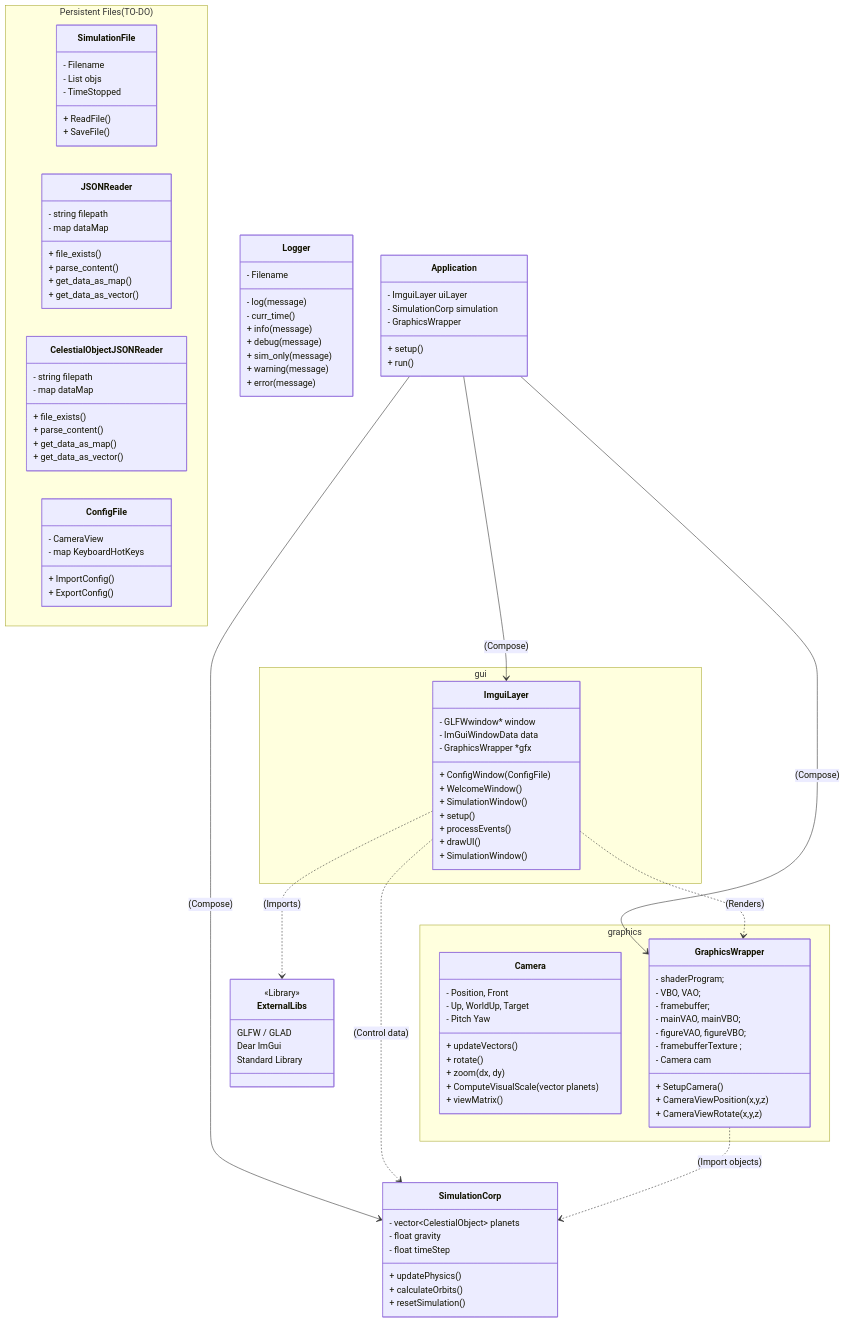
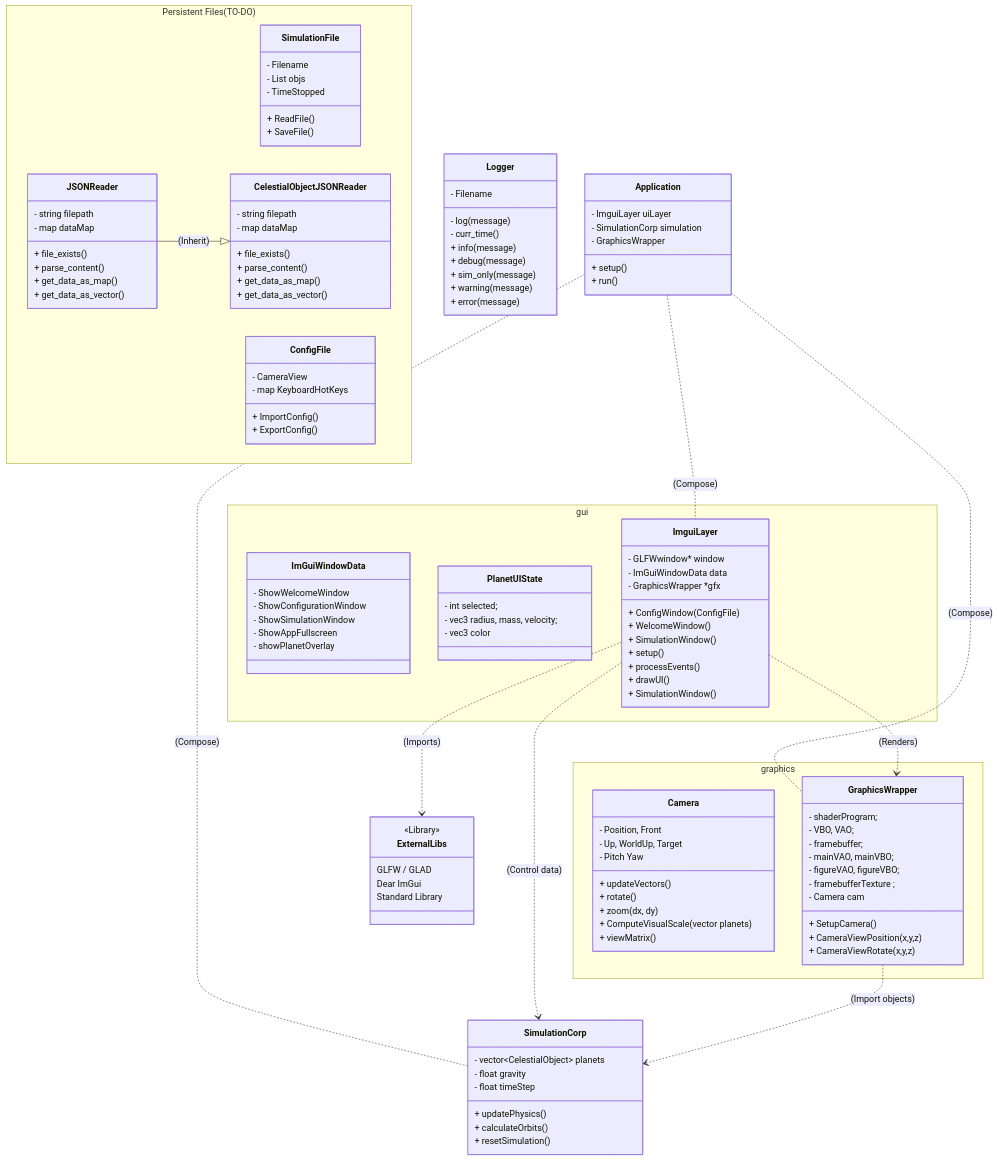
One commit to MBGustav/PlanetarySystem changed the diagram in README.md. Above: the diagram before and after it, drawn with Mermaid. The commit also changed 5 other files, not shown here.

Commit message:
updating architecture

````diff
--- a/README.md
+++ b/README.md
@@ -62,6 +62,7 @@
 		+ ReadFile()
 		+ SaveFile()
 	}
+	
 
 	class JSONReader{
         - string filepath
@@ -81,6 +82,7 @@
 		+ get_data_as_vector()
     }
 
+	
 
     class ConfigFile{
         - CameraView
@@ -123,34 +125,46 @@
 
 
 		class GraphicsWrapper {
-		- shaderProgram;
-		- VBO, VAO;
-		- framebuffer;
-		- mainVAO, mainVBO;
-		- figureVAO, figureVBO;
-		- framebufferTexture ;
-		- Camera cam
+			- shaderProgram;
+			- VBO, VAO;
+			- framebuffer;
+			- mainVAO, mainVBO;
+			- figureVAO, figureVBO;
+			- framebufferTexture ;
+			- Camera cam
 
-	    + SetupCamera()
-		+ CameraViewPosition(x,y,z)
-		+ CameraViewRotate(x,y,z)
-    }
+			+ SetupCamera()
+			+ CameraViewPosition(x,y,z)
+			+ CameraViewRotate(x,y,z)
+		}
 	}
 
 	namespace gui {
+		class ImGuiWindowData{
+			- ShowWelcomeWindow
+			- ShowConfigurationWindow
+			- ShowSimulationWindow
+			- ShowAppFullscreen
+			- showPlanetOverlay
+		}
 
-    class ImguiLayer {
-	    - GLFWwindow* window
-	    - ImGuiWindowData data
-		- GraphicsWrapper *gfx
-        + ConfigWindow(ConfigFile)
-        + WelcomeWindow()
-        + SimulationWindow()
-	    + setup()
-	    + processEvents()
-	    + drawUI()
-	    + SimulationWindow()
-    }
+		class PlanetUIState {
+			- int selected;
+			- vec3 radius, mass, velocity;
+			- vec3 color
+    	}
+		class ImguiLayer {
+			- GLFWwindow* window
+			- ImGuiWindowData data
+			- GraphicsWrapper *gfx
+			+ ConfigWindow(ConfigFile)
+			+ WelcomeWindow()
+			+ SimulationWindow()
+			+ setup()
+			+ processEvents()
+			+ drawUI()
+			+ SimulationWindow()
+		}
 	}
 
     class SimulationCorp {
@@ -171,12 +185,14 @@
 
 	<<Library>> ExternalLibs
 
-    Application      --> ImguiLayer      : (Compose)
-    Application      --> SimulationCorp  : (Compose)
-	Application      --> GraphicsWrapper : (Compose)
+    Application      .. ImguiLayer      : (Compose)
+    Application      .. SimulationCorp  : (Compose)
+	Application      .. GraphicsWrapper : (Compose)
 	ImguiLayer       ..> GraphicsWrapper : (Renders)
     ImguiLayer       ..> ExternalLibs    : (Imports)
     ImguiLayer       ..> SimulationCorp  : (Control data)
 	GraphicsWrapper  ..> SimulationCorp  : (Import objects)
-
+	
+	JSONReader		 --|>  CelestialObjectJSONReader: (Inherit)
+	
 ```
````
